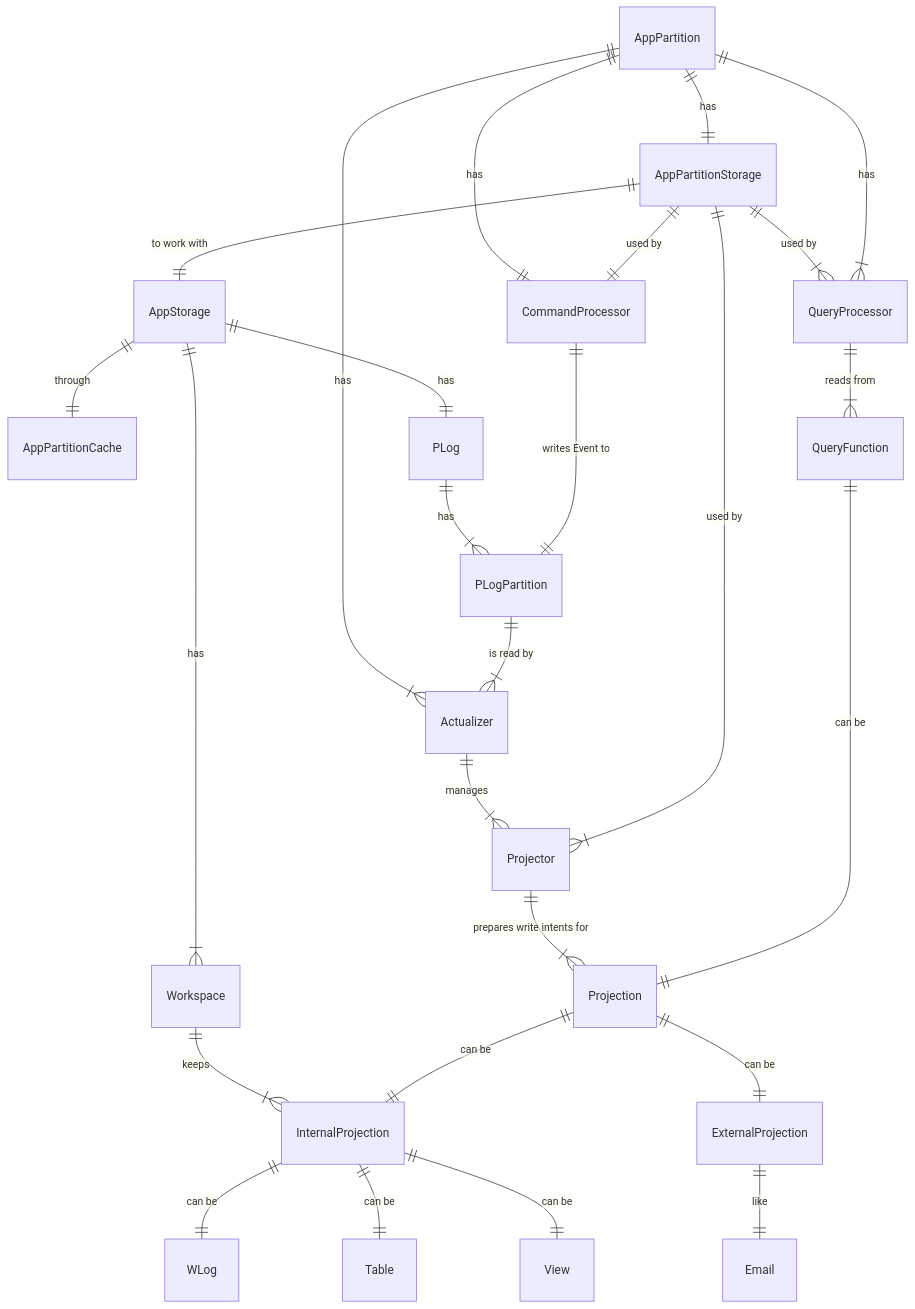
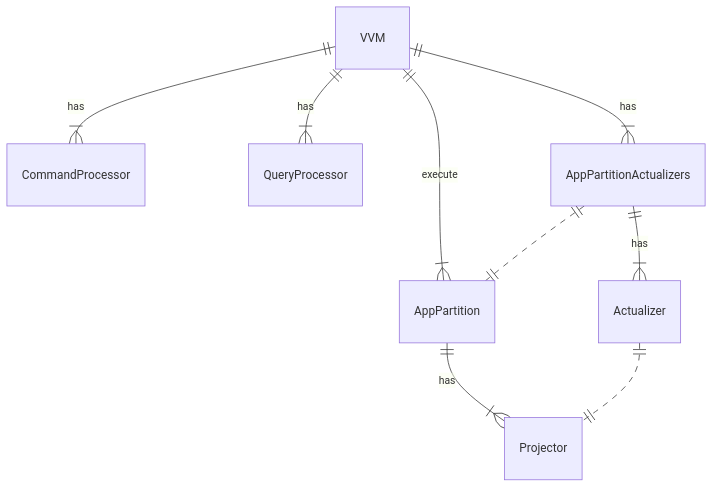
One commit to voedger/voedger changed the fourth of 17 diagrams in design/README.md. Above: the diagram before and after it, drawn with Mermaid. The commit also changed 1 other file, not shown here.

````diff
--- a/design/README.md
+++ b/design/README.md
@@ -161,43 +159,14 @@
 ```mermaid
     erDiagram
 
-    AppPartition ||--|| AppPartitionStorage : "has"
-    AppPartition ||--|| CommandProcessor : "has"
-    AppPartition ||--|{ Actualizer : "has"
-    Actualizer ||--|{ Projector : "manages"
+    VVM ||--|{ CommandProcessor : "has"
+    VVM ||--|{ QueryProcessor : "has"
+    VVM ||--|{ AppPartitionActualizers : "has"
+    AppPartitionActualizers ||--|{ Actualizer : "has"
+    VVM ||--|{ AppPartition : "execute"
+    AppPartitionActualizers ||..|| AppPartition: ""
 
+    AppPartition ||--|{ Projector: "has"
 
-    AppPartitionStorage ||--|| AppStorage : "to work with"
-    AppStorage ||--|| AppPartitionCache : "through"
-
-
-    AppPartitionStorage ||--|{  QueryProcessor: "used by"
-    AppPartitionStorage ||--||  CommandProcessor: "used by"
-    AppPartitionStorage ||--|{  Projector: "used by"
-
-    AppPartition ||--|{ QueryProcessor : "has"
-
-    AppStorage ||--|{ Workspace: has
-    Workspace ||--|{ InternalProjection: "keeps"
-    AppStorage ||--|| PLog: has
-    PLog ||--|{ PLogPartition : has
-
-    PLogPartition ||--|{ Actualizer: "is read by"
-
-    Projector ||--|{ Projection: "prepares write intents for"
-    Projection ||--|| InternalProjection: "can be"
-    Projection ||--|| ExternalProjection: "can be"
-
-    ExternalProjection ||--|| Email: like
-
-
-    InternalProjection ||--|| WLog: "can be"
-    InternalProjection ||--|| Table: "can be"
-    InternalProjection ||--|| View: "can be"
-
-
-    CommandProcessor ||--|| PLogPartition: "writes Event to"
-
-    QueryProcessor ||--|{ QueryFunction: "reads from"
-    QueryFunction ||--|| Projection: "can be"
+    Actualizer ||..|| Projector: ""
 ```
````
